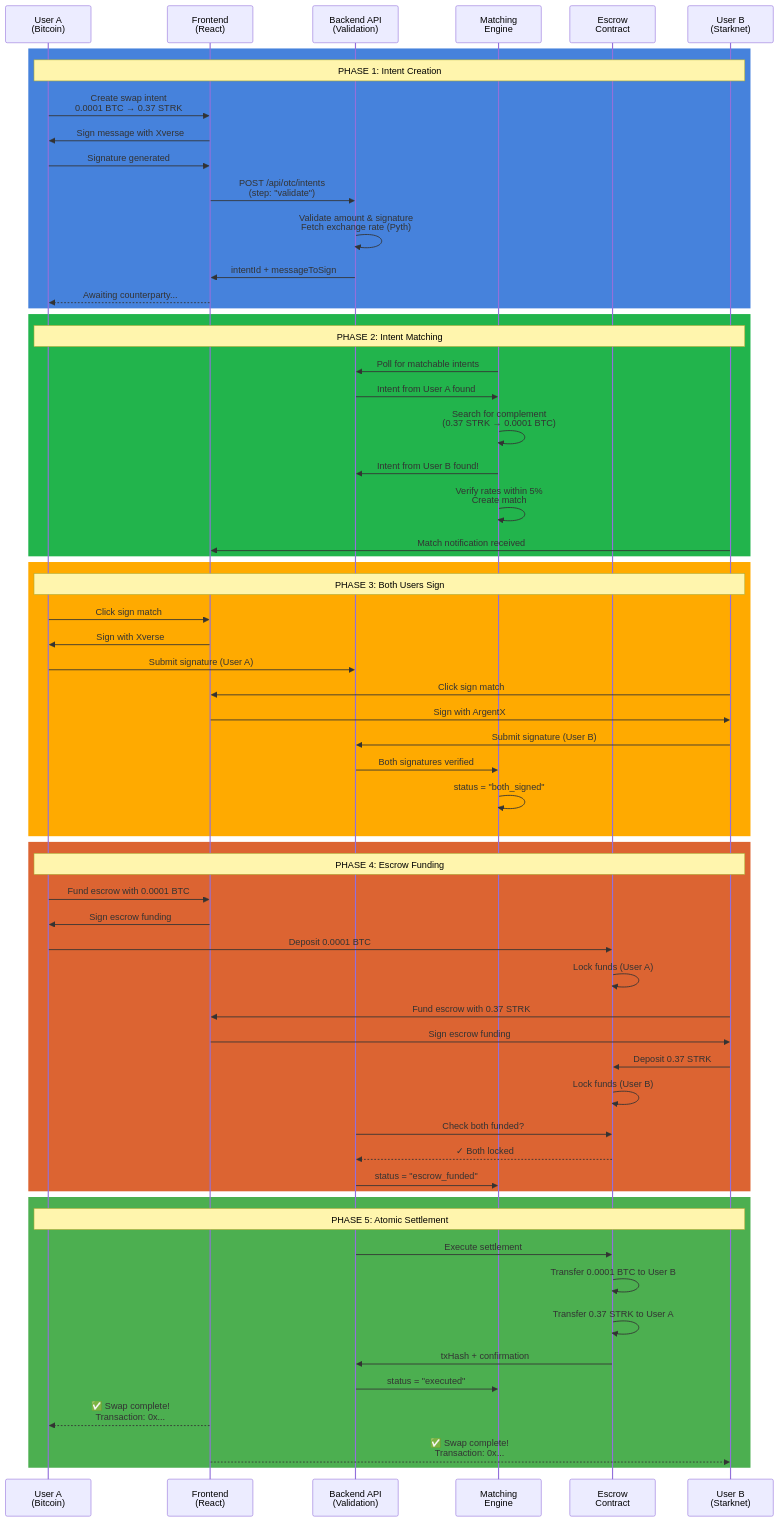
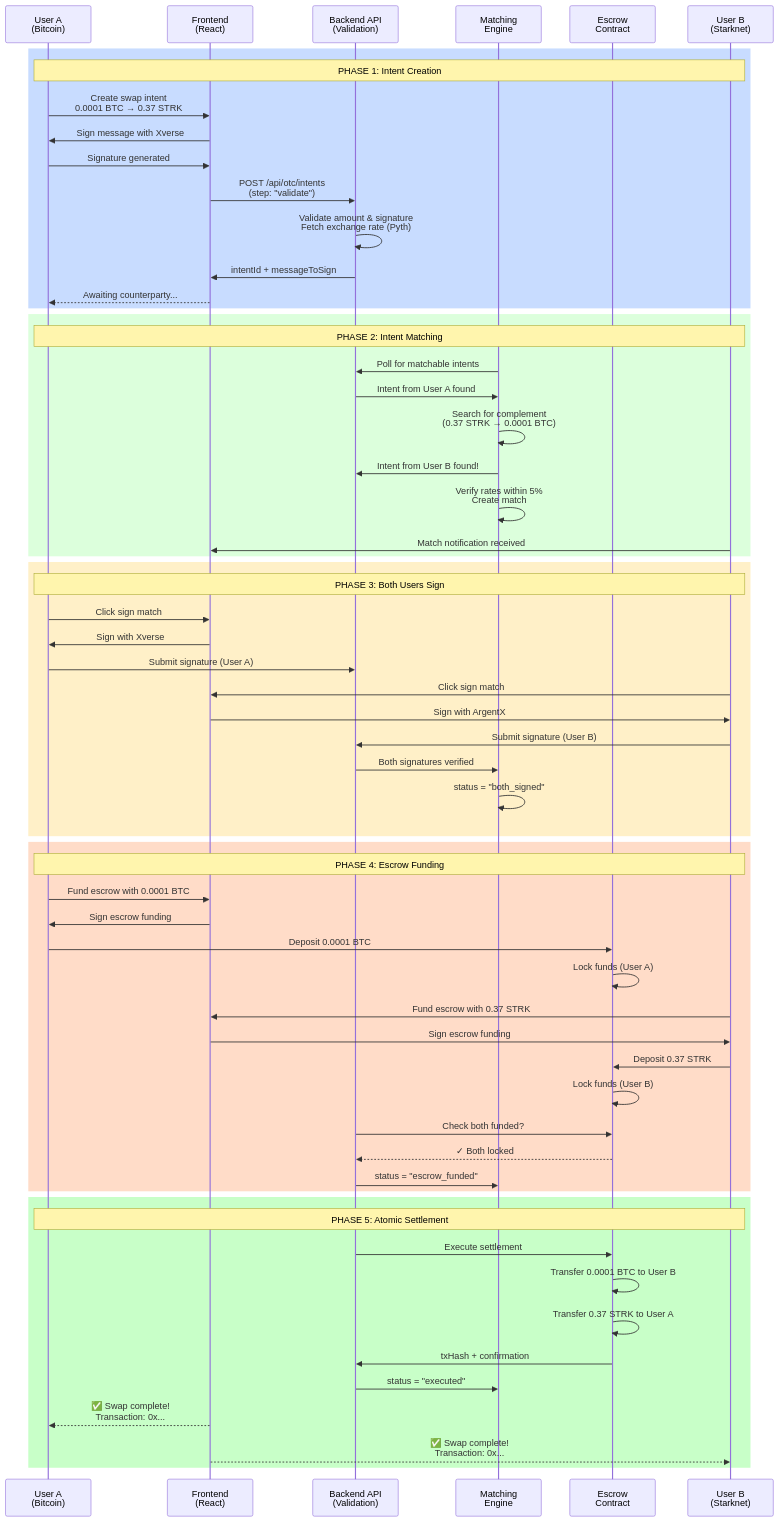
Before and after one commit to AZAR2305/shadowflow-btc: the first of 6 diagrams in README.md, drawn with Mermaid. The commit also changed other lines of this file, not shown here.

````diff
--- a/README.md
+++ b/README.md
@@ -459,73 +363,73 @@
 ```mermaid
 sequenceDiagram
     participant UA as User A<br/>(Bitcoin)
     participant FE as Frontend<br/>(React)
     participant API as Backend API<br/>(Validation)
     participant MATCH as Matching<br/>Engine
     participant SC as Escrow<br/>Contract
     participant UB as User B<br/>(Starknet)
 
-    rect rgb(70, 130, 220)
+    rect rgb(200, 220, 255)
     Note over UA,UB: PHASE 1: Intent Creation
     UA->>FE: Create swap intent<br/>0.0001 BTC → 0.37 STRK
     FE->>UA: Sign message with Xverse
     UA->>FE: Signature generated
     FE->>API: POST /api/otc/intents<br/>(step: "validate")
     API->>API: Validate amount & signature<br/>Fetch exchange rate (Pyth)
     API->>FE: intentId + messageToSign
     FE-->>UA: Awaiting counterparty...
     end
 
-    rect rgb(34, 180, 76)
+    rect rgb(220, 255, 220)
     Note over UA,UB: PHASE 2: Intent Matching
     MATCH->>API: Poll for matchable intents
     API->>MATCH: Intent from User A found
     MATCH->>MATCH: Search for complement<br/>(0.37 STRK → 0.0001 BTC)
     MATCH->>API: Intent from User B found!
     MATCH->>MATCH: Verify rates within 5%<br/>Create match
     UB->>FE: Match notification received
     end
 
-    rect rgb(255, 170, 0)
+    rect rgb(255, 240, 200)
     Note over UA,UB: PHASE 3: Both Users Sign
     UA->>FE: Click sign match
     FE->>UA: Sign with Xverse
     UA->>API: Submit signature (User A)
     
     UB->>FE: Click sign match
     FE->>UB: Sign with ArgentX
     UB->>API: Submit signature (User B)
     
     API->>MATCH: Both signatures verified
     MATCH->>MATCH: status = "both_signed"
     end
 
-    rect rgb(220, 100, 50)
+    rect rgb(255, 220, 200)
     Note over UA,UB: PHASE 4: Escrow Funding
     UA->>FE: Fund escrow with 0.0001 BTC
     FE->>UA: Sign escrow funding
     UA->>SC: Deposit 0.0001 BTC
     SC->>SC: Lock funds (User A)
     
     UB->>FE: Fund escrow with 0.37 STRK
     FE->>UB: Sign escrow funding
     UB->>SC: Deposit 0.37 STRK
     SC->>SC: Lock funds (User B)
     
     API->>SC: Check both funded?
     SC-->>API: ✓ Both locked
     API->>MATCH: status = "escrow_funded"
     end
 
-    rect rgb(76, 175, 80)
+    rect rgb(200, 255, 200)
     Note over UA,UB: PHASE 5: Atomic Settlement
     API->>SC: Execute settlement
     SC->>SC: Transfer 0.0001 BTC to User B
     SC->>SC: Transfer 0.37 STRK to User A
     SC->>API: txHash + confirmation
     API->>MATCH: status = "executed"
     
     FE-->>UA: ✅ Swap complete!<br/>Transaction: 0x...
     FE-->>UB: ✅ Swap complete!<br/>Transaction: 0x...
     end
 ```
````
